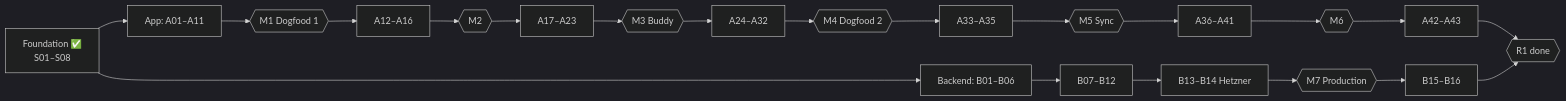
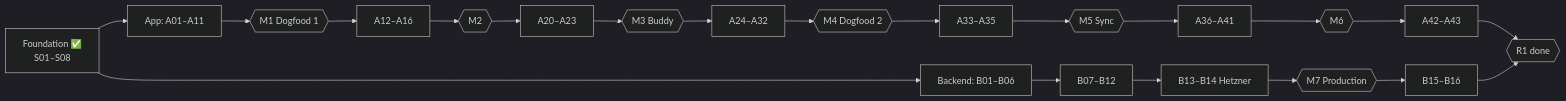
One commit to Abdelrahman-Hamza1/Fitness-Buddy changed the diagram in technical-planning/11-roadmap.md. Above: the diagram before and after it, drawn with Mermaid (dark theme). The commit also changed other lines of this file and 89 other files, not shown here.

````diff
--- a/technical-planning/11-roadmap.md
+++ b/technical-planning/11-roadmap.md
@@ -11,7 +11,7 @@
 ```mermaid
 flowchart LR
-  F[Foundation ✅<br/>S01–S08] --> A1[App: A01–A11] --> M1{{M1 Dogfood 1}} --> A2[A12–A16] --> M2{{M2}} --> A3[A17–A23] --> M3{{M3 Buddy}} --> A4[A24–A32] --> M4{{M4 Dogfood 2}} --> A5[A33–A35] --> M5{{M5 Sync}} --> A6[A36–A41] --> M6{{M6}} --> A7[A42–A43]
+  F[Foundation ✅<br/>S01–S08] --> A1[App: A01–A11] --> M1{{M1 Dogfood 1}} --> A2[A12–A16] --> M2{{M2}} --> A3[A20–A23] --> M3{{M3 Buddy}} --> A4[A24–A32] --> M4{{M4 Dogfood 2}} --> A5[A33–A35] --> M5{{M5 Sync}} --> A6[A36–A41] --> M6{{M6}} --> A7[A42–A43]
   F --> B1[Backend: B01–B06] --> B2[B07–B12] --> B3[B13–B14 Hetzner] --> M7{{M7 Production}} --> B4[B15–B16]
   A7 --> R1{{R1 done}}
   B4 --> R1
 ```
````
